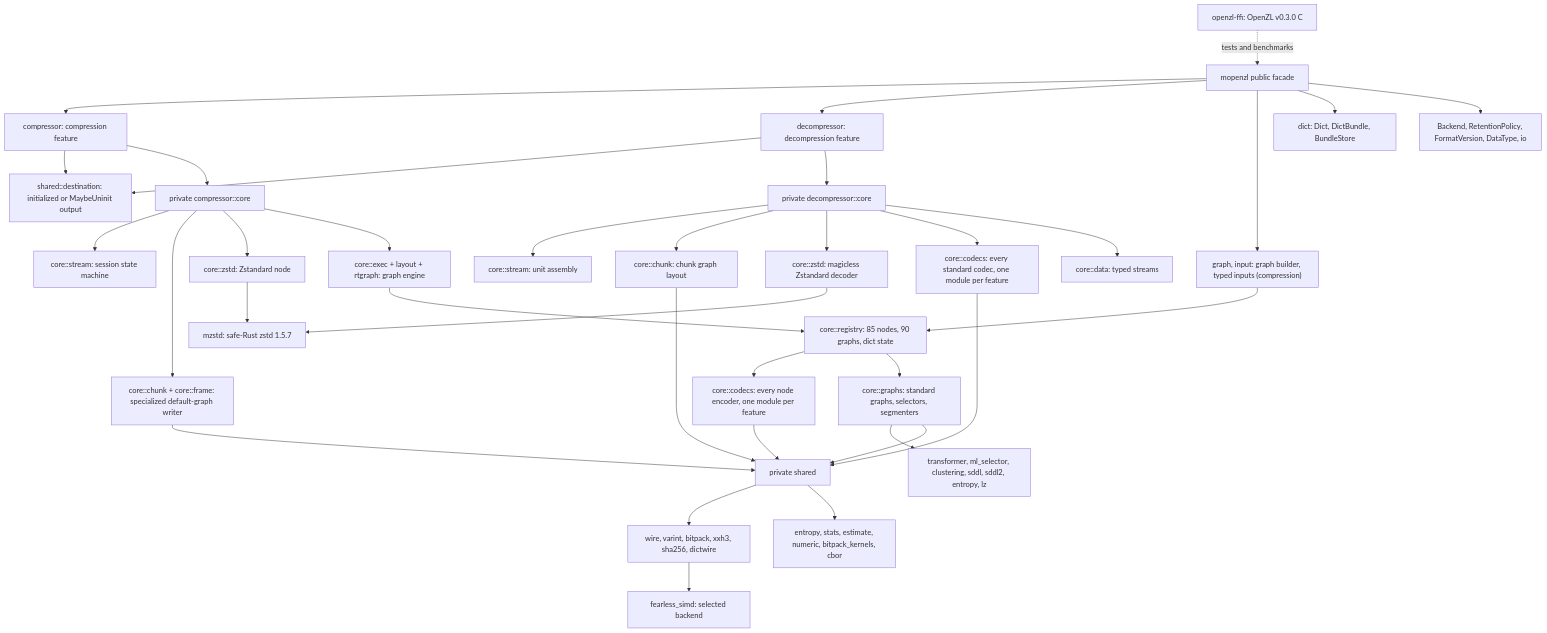
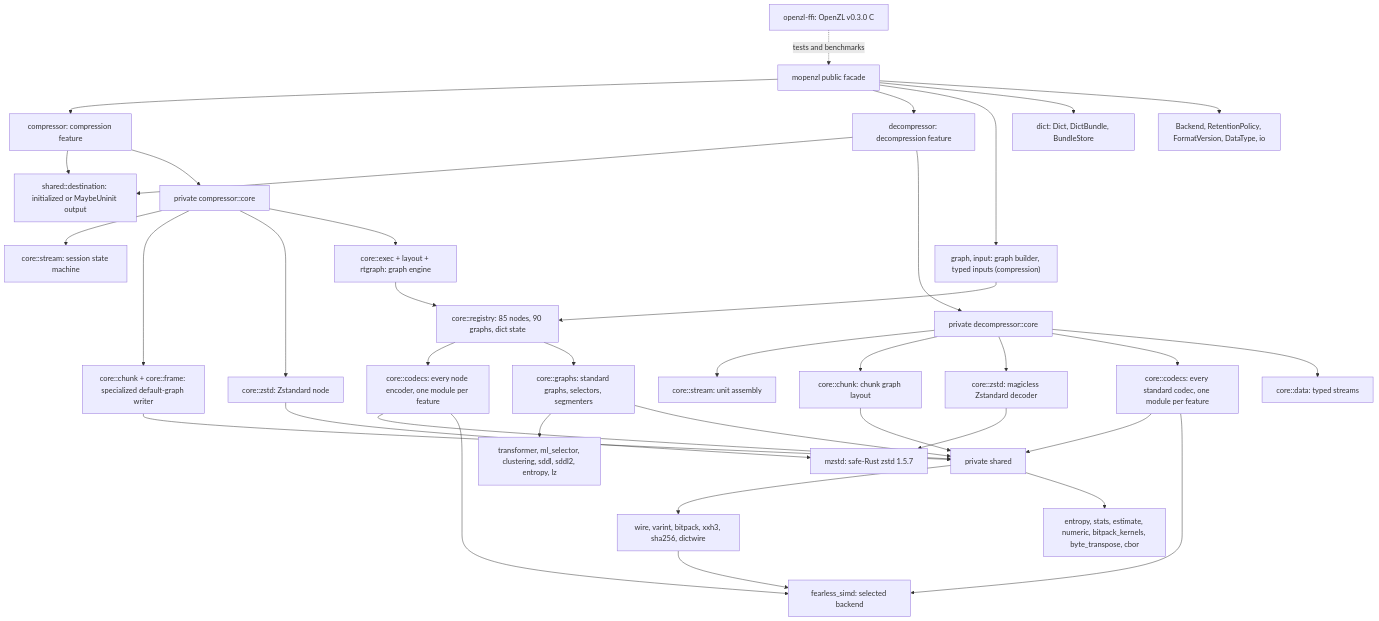
One commit to M-Compressors/mopenzl changed the diagram in architecture/README.md. Above: the diagram before and after it, drawn with Mermaid. The commit also changed other lines of this file and 90 other files, not shown here.

````diff
--- a/architecture/README.md
+++ b/architecture/README.md
@@ -9,37 +9,39 @@
 ```mermaid
 graph TD
     Root[mopenzl public facade] --> Encode[compressor: compression feature]
     Root --> Decode[decompressor: decompression feature]
     Root --> GraphApi["graph, input: graph builder, typed inputs (compression)"]
     Root --> DictApi["dict: Dict, DictBundle, BundleStore"]
     Root --> Common[Backend, RetentionPolicy, FormatVersion, DataType, io]
     Encode --> Dest[shared::destination: initialized or MaybeUninit output]
     Decode --> Dest
     GraphApi --> Reg
     Encode --> ECore[private compressor::core]
     Decode --> DCore[private decompressor::core]
     ECore --> EStream[core::stream: session state machine]
     ECore --> EChunk[core::chunk + core::frame: specialized default-graph writer]
     ECore --> EZstd[core::zstd: Zstandard node]
     ECore --> EGraph[core::exec + layout + rtgraph: graph engine]
     EGraph --> Reg["core::registry: 85 nodes, 90 graphs, dict state"]
     Reg --> ECodecs["core::codecs: every node encoder, one module per feature"]
     Reg --> EGraphs["core::graphs: standard graphs, selectors, segmenters"]
     EGraphs --> Special["transformer, ml_selector, clustering, sddl, sddl2, entropy, lz"]
     DCore --> DStream[core::stream: unit assembly]
     DCore --> DChunk[core::chunk: chunk graph layout]
     DCore --> DZstd[core::zstd: magicless Zstandard decoder]
     DCore --> DCodecs[core::codecs: every standard codec, one module per feature]
     DCore --> DData[core::data: typed streams]
     EChunk --> Shared[private shared]
     ECodecs --> Shared
     EGraphs --> Shared
     DChunk --> Shared
     DCodecs --> Shared
     Shared --> Prims["wire, varint, bitpack, xxh3, sha256, dictwire"]
-    Shared --> Algo["entropy, stats, estimate, numeric, bitpack_kernels, cbor"]
+    Shared --> Algo["entropy, stats, estimate, numeric, bitpack_kernels, byte_transpose, cbor"]
     Prims --> SIMD[fearless_simd: selected backend]
+    ECodecs --> SIMD
+    DCodecs --> SIMD
     EZstd --> Mzstd[mzstd: safe-Rust zstd 1.5.7]
     DZstd --> Mzstd
     C[openzl-ffi: OpenZL v0.3.0 C] -. tests and benchmarks .-> Root
 ```
````
